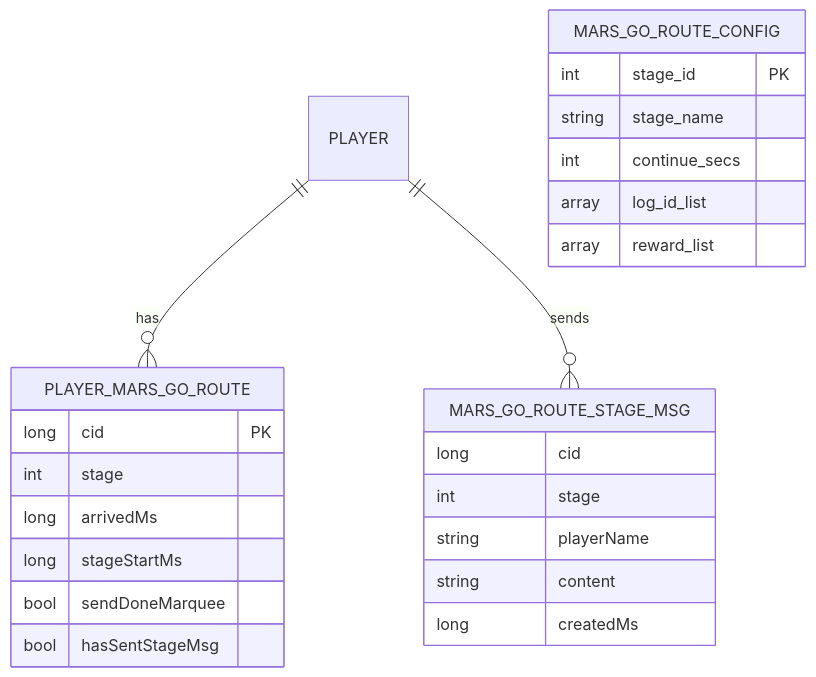
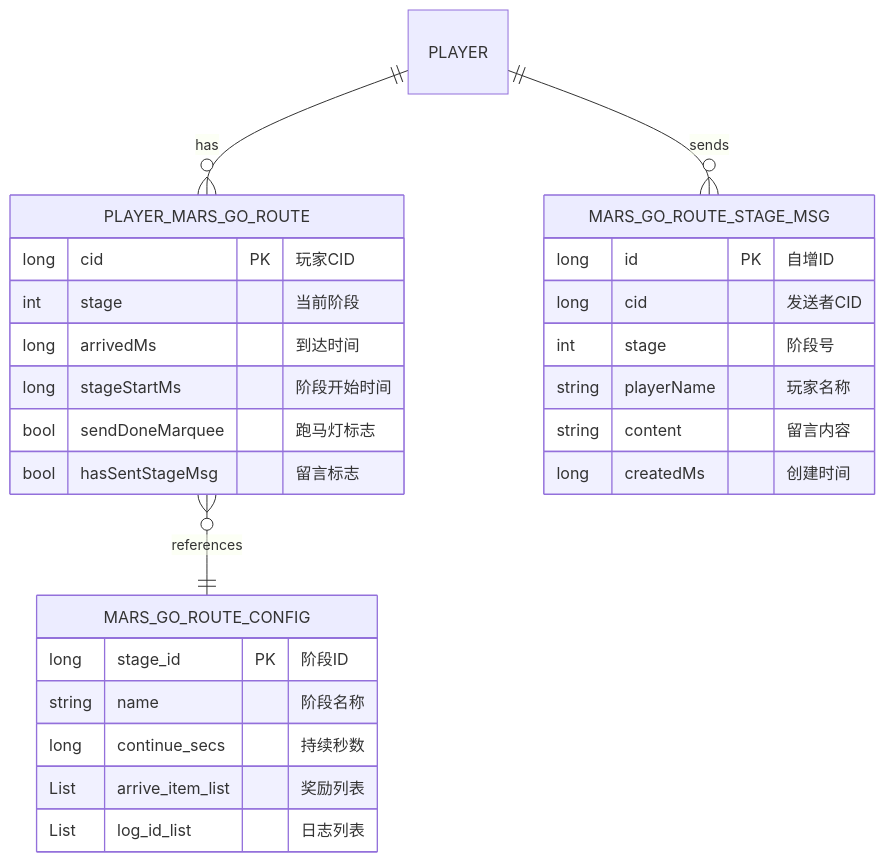
One commit to Alan-Ben/k2c_game_framework changed the second of 2 diagrams in docs/Module_Mars/01_数据配表.md. Above: the diagram before and after it, drawn with Mermaid. The commit also changed other lines of this file and 13 other files, not shown here.

````diff
--- a/docs/Module_Mars/01_数据配表.md
+++ b/docs/Module_Mars/01_数据配表.md
@@ -144,30 +197,32 @@
 ```mermaid
 erDiagram
     PLAYER ||--o{ PLAYER_MARS_GO_ROUTE : has
     PLAYER ||--o{ MARS_GO_ROUTE_STAGE_MSG : sends
+    PLAYER_MARS_GO_ROUTE }o--|| MARS_GO_ROUTE_CONFIG : references
 
     PLAYER_MARS_GO_ROUTE {
-        long cid PK
-        int stage
-        long arrivedMs
-        long stageStartMs
-        bool sendDoneMarquee
-        bool hasSentStageMsg
+        long cid PK "玩家CID"
+        int stage "当前阶段"
+        long arrivedMs "到达时间"
+        long stageStartMs "阶段开始时间"
+        bool sendDoneMarquee "跑马灯标志"
+        bool hasSentStageMsg "留言标志"
     }
 
     MARS_GO_ROUTE_STAGE_MSG {
-        long cid
-        int stage
-        string playerName
-        string content
-        long createdMs
+        long id PK "自增ID"
+        long cid "发送者CID"
+        int stage "阶段号"
+        string playerName "玩家名称"
+        string content "留言内容"
+        long createdMs "创建时间"
     }
 
     MARS_GO_ROUTE_CONFIG {
-        int stage_id PK
-        string stage_name
-        int continue_secs
-        array log_id_list
-        array reward_list
+        long stage_id PK "阶段ID"
+        string name "阶段名称"
+        long continue_secs "持续秒数"
+        List arrive_item_list "奖励列表"
+        List log_id_list "日志列表"
     }
 ```
````
